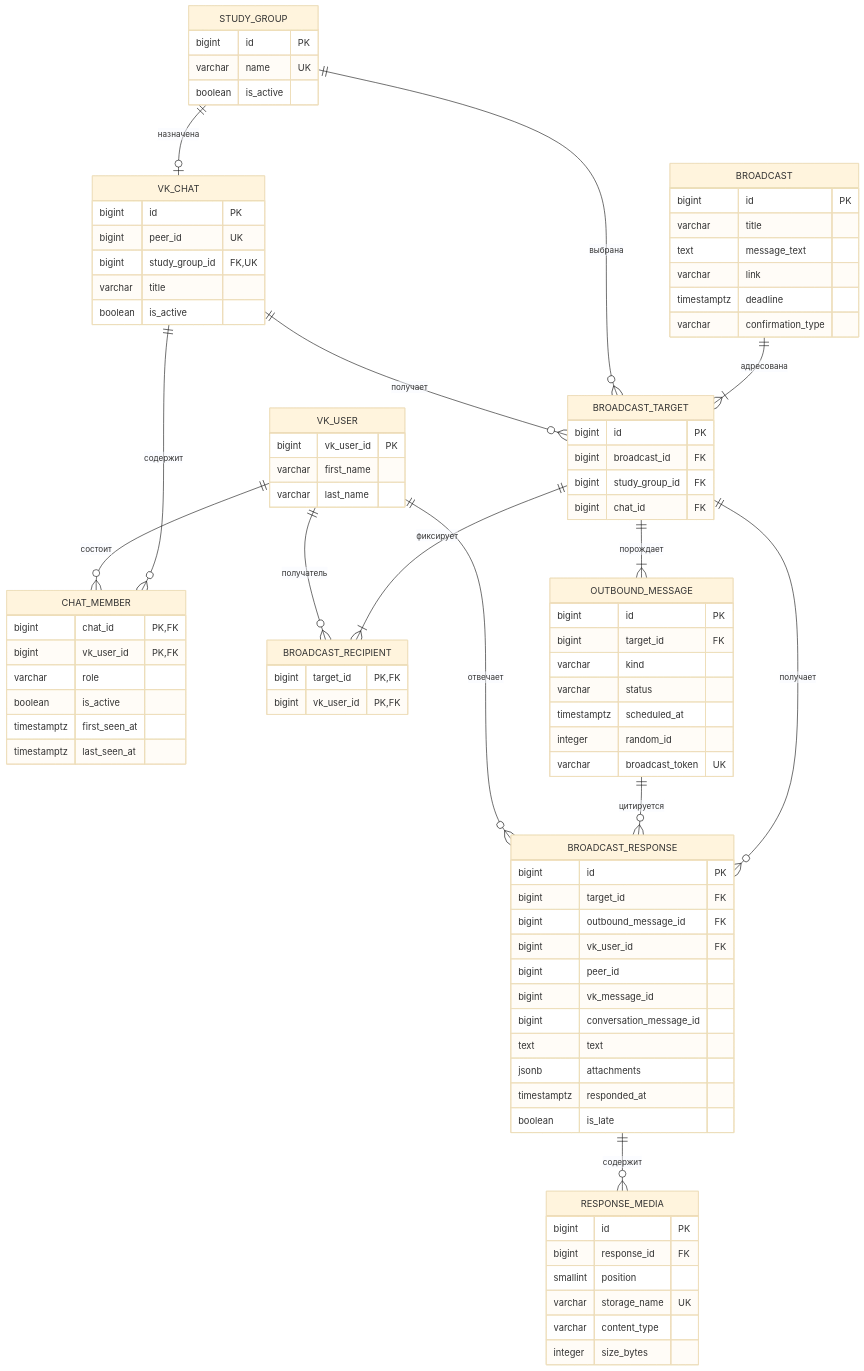
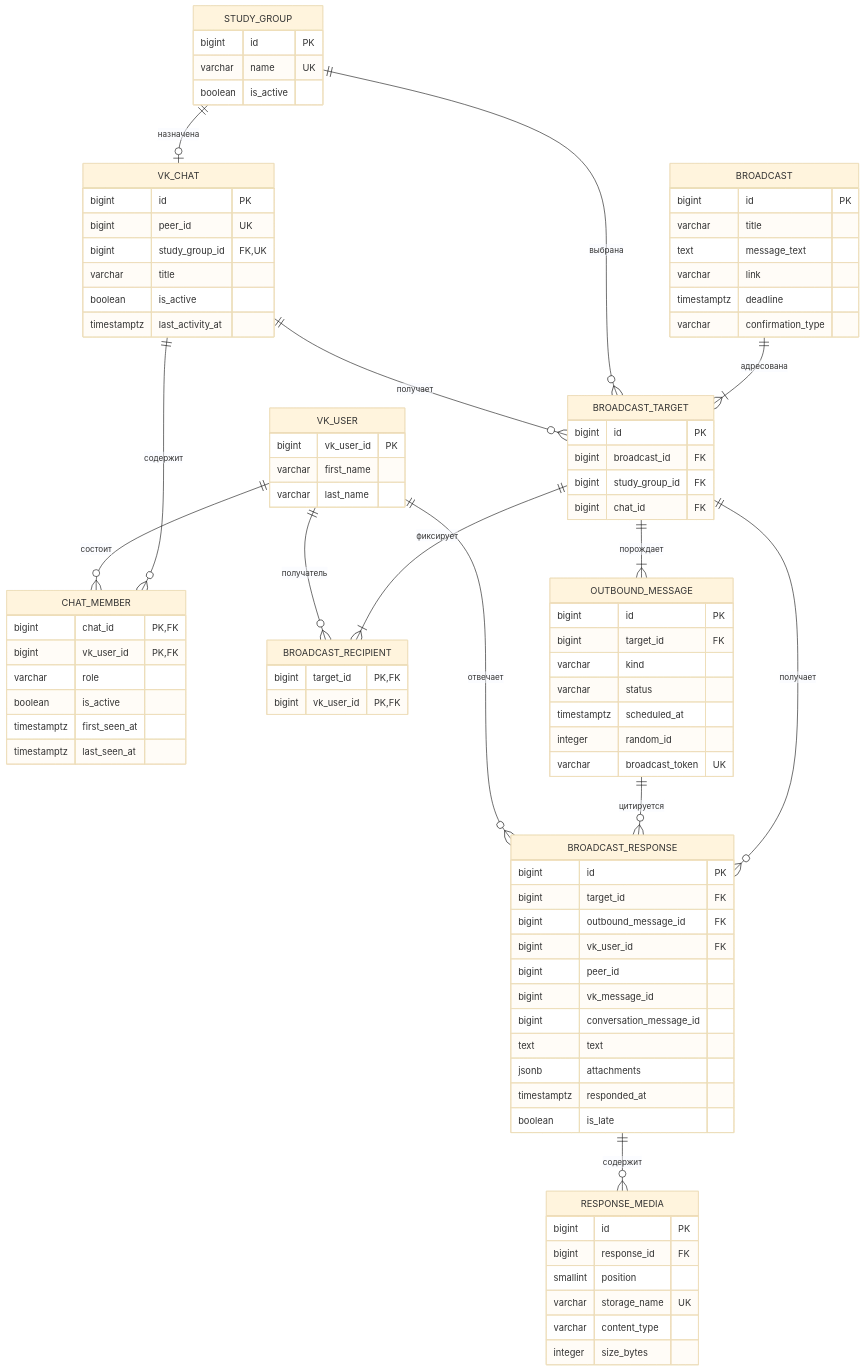
The diagram in docs/database.md (VladFomin17/vk-tutors-bot), drawn with Mermaid (base theme) before and after one commit. The commit also changed other lines of this file and 51 other files, not shown here.

```diff
--- a/docs/database.md
+++ b/docs/database.md
@@ -29,6 +29,7 @@
         bigint study_group_id FK,UK
         varchar title
         boolean is_active
+        timestamptz last_activity_at
     }
     VK_USER {
         bigint vk_user_id PK
```
